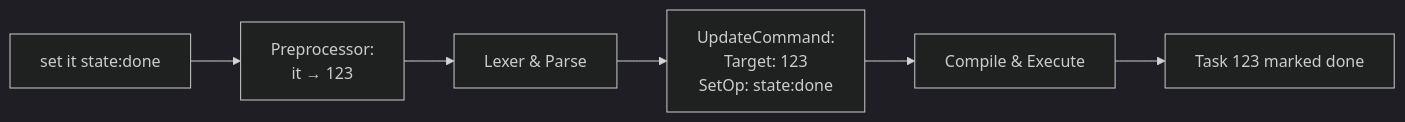
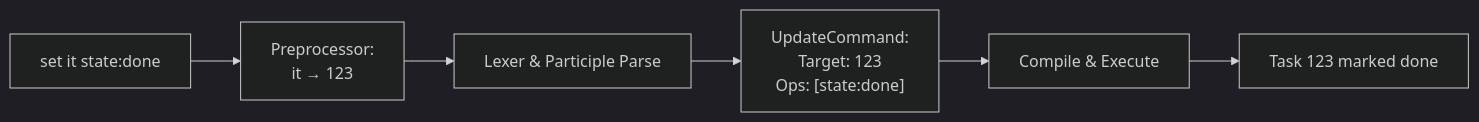
One commit to mholtzscher/ugh changed the eighth of 9 diagrams in docs/shell-and-dsl.md. Above: the diagram before and after it, drawn with Mermaid (dark theme). The commit also changed other lines of this file and 12 other files, not shown here.

````diff
--- a/docs/shell-and-dsl.md
+++ b/docs/shell-and-dsl.md
@@ -234,8 +258,8 @@
 ```mermaid
 flowchart LR
     A["set it state:done"] --> B["Preprocessor:<br/>it → 123"]
-    B --> C["Lexer & Parse"]
-    C --> D["UpdateCommand:<br/>Target: 123<br/>SetOp: state:done"]
+    B --> C["Lexer & Participle Parse"]
+    C --> D["UpdateCommand:<br/>Target: 123<br/>Ops: [state:done]"]
     D --> E["Compile & Execute"]
     E --> F["Task 123 marked done"]
 ```
````
